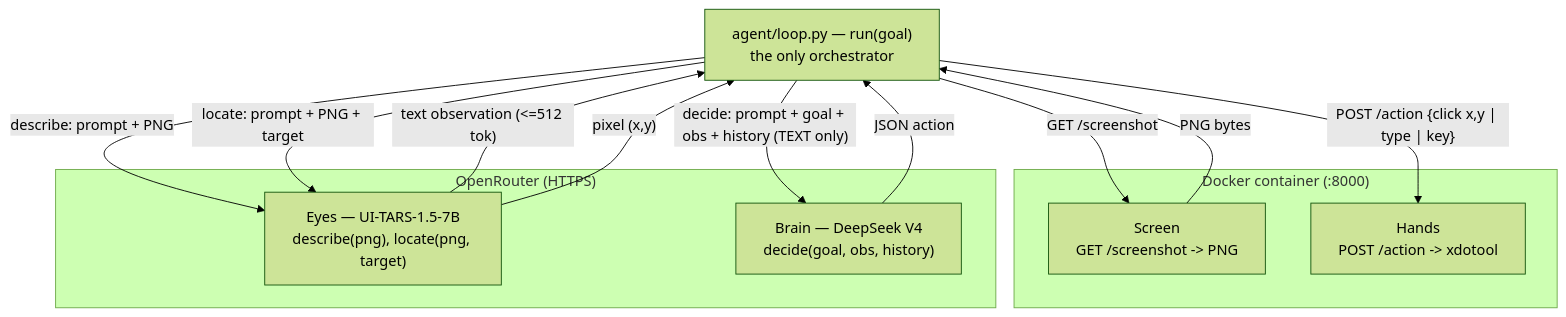
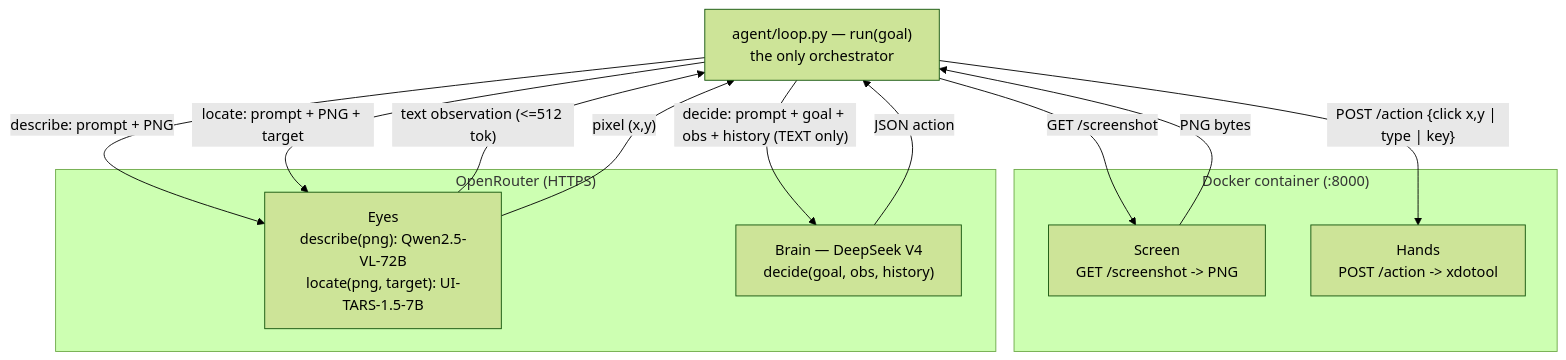
Before and after one commit to alvseek/BRYES: the first of 3 diagrams in docs/agent-loop-flow.md, drawn with Mermaid (forest theme). The commit also changed other lines of this file and 3 other files, not shown here.

First line of the commit message:
Eyes: describe on Qwen2.5-VL-72B (fixes history-vs-live conflation)

````diff
--- a/docs/agent-loop-flow.md
+++ b/docs/agent-loop-flow.md
@@ -39,24 +39,24 @@
 ```mermaid
 graph TD
     Loop["agent/loop.py — run(goal)<br/>the only orchestrator"]
 
     subgraph container["Docker container (:8000)"]
         Screen["Screen<br/>GET /screenshot -> PNG"]
         Hands["Hands<br/>POST /action -> xdotool"]
     end
 
     subgraph openrouter["OpenRouter (HTTPS)"]
-        Eyes["Eyes — UI-TARS-1.5-7B<br/>describe(png), locate(png, target)"]
+        Eyes["Eyes<br/>describe(png): Qwen2.5-VL-72B<br/>locate(png, target): UI-TARS-1.5-7B"]
         Brain["Brain — DeepSeek V4<br/>decide(goal, obs, history)"]
     end
 
     Loop -->|"GET /screenshot"| Screen
     Screen -->|"PNG bytes"| Loop
     Loop -->|"describe: prompt + PNG"| Eyes
     Eyes -->|"text observation (<=512 tok)"| Loop
     Loop -->|"decide: prompt + goal + obs + history (TEXT only)"| Brain
     Brain -->|"JSON action"| Loop
     Loop -->|"locate: prompt + PNG + target"| Eyes
     Eyes -->|"pixel (x,y)"| Loop
     Loop -->|"POST /action {click x,y | type | key}"| Hands
 ```
````
